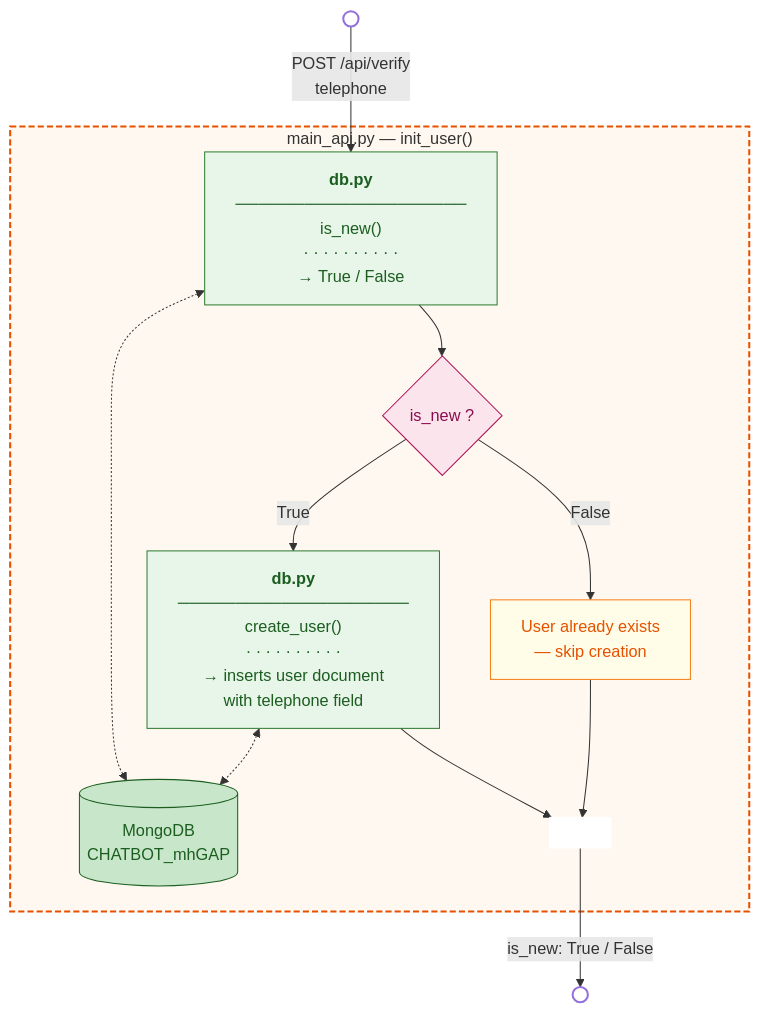
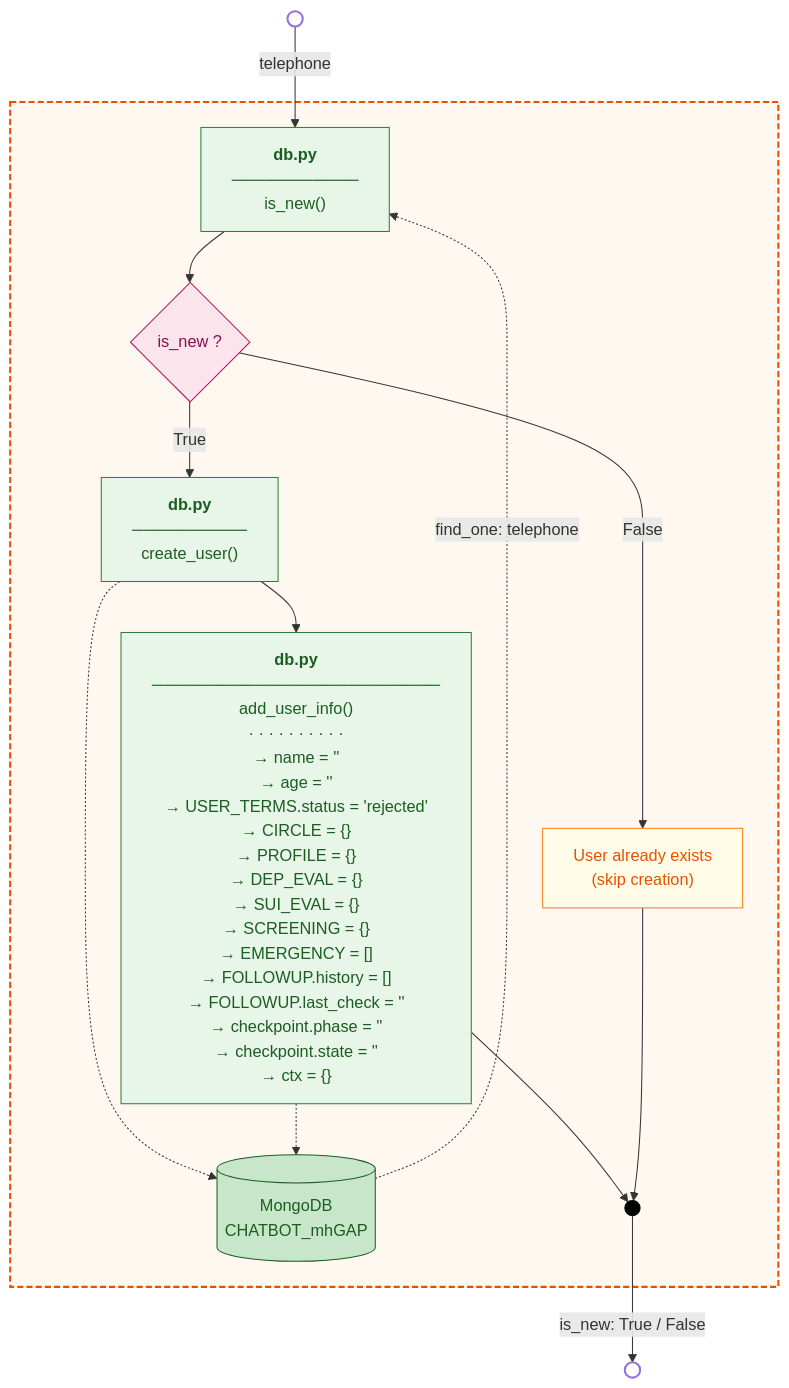
The second of 5 diagrams in diagrams/backend_flow_diagram.md (JordiiQueralto/AURORA_mhGAP-IG_v2.0), drawn with Mermaid before and after one commit. The commit also changed other lines of this file, not shown here.

First line of the commit message:
Refactor backend flow diagram for clarity

````diff
--- a/diagrams/backend_flow_diagram.md
+++ b/diagrams/backend_flow_diagram.md
@@ -80,43 +80,46 @@
 ```mermaid
 flowchart TD
  
     START(( )):::circle
     FINISH(( )):::circle
  
-    START -->|"POST /api/verify\ntelephone"| IS_NEW
+    START -->|"telephone"| IS_NEW
  
-    subgraph INIT_FLOW["main_api.py — init_user()"]
+    subgraph INIT_FLOW[" "]
  
-        IS_NEW["<b>db.py</b><br/>────────────────────<br/>is_new()<br/>· · · · · · · · · ·<br/>→ True / False"]:::dbmod
+        IS_NEW["<b>db.py</b><br/>───────────<br/>is_new()"]:::dbmod
  
         D_NEW{is_new ?}:::decision
  
-        CREATE["<b>db.py</b><br/>────────────────────<br/>create_user()<br/>· · · · · · · · · ·<br/>→ inserts user document<br/>with telephone field"]:::dbmod
+        CREATE["<b>db.py</b><br/>──────────<br/>create_user()"]:::dbmod
+
+        ADD["<b>db.py</b><br/>─────────────────────────<br/>add_user_info()<br/>· · · · · · · · · ·<br/>→ name = ''<br/>→ age = ''<br/>→ USER_TERMS.status = 'rejected'<br/>→ CIRCLE = {}<br/>→ PROFILE = {}<br/>→ DEP_EVAL = {}<br/>→ SUI_EVAL = {}<br/>→ SCREENING = {}<br/>→ EMERGENCY = []<br/>→ FOLLOWUP.history = []<br/>→ FOLLOWUP.last_check = ''<br/>→ checkpoint.phase = ''<br/>→ checkpoint.state = ''<br/>→ ctx = {}"]:::dbmod
  
-        SKIP["User already exists<br/>— skip creation"]:::flowblock
+        SKIP["User already exists<br/>(skip creation)"]:::flowblock
  
         MONGO[("MongoDB<br/>CHATBOT_mhGAP")]:::db
- 
-        BOTTOM[ ]:::phantom
+
+        BOTTOM(( )):::junction
  
         IS_NEW --> D_NEW
-        D_NEW -->|True| CREATE --> BOTTOM
+        D_NEW -->|True| CREATE --> ADD --> BOTTOM
         D_NEW -->|False| SKIP --> BOTTOM
  
-        IS_NEW <-.-> MONGO
-        CREATE <-.-> MONGO
+        MONGO -.->|find_one: telephone| IS_NEW
+        CREATE -.-> MONGO
+        ADD -.-> MONGO
  
     end
  
     BOTTOM -->|"is_new: True / False"| FINISH
  
     classDef circle    fill:#ffffff,stroke:#9370db,stroke-width:2px,color:#ffffff
-    classDef phantom   fill:#ffffff,stroke:#ffffff,color:#ffffff
+    classDef junction  fill:#000000,stroke:#000000,color:#000000
     classDef module    fill:#fff3e0,stroke:#e65100,color:#bf360c
     classDef flowblock fill:#fffde7,stroke:#f57f17,color:#e65100
     classDef decision  fill:#fce4ec,stroke:#ad1457,color:#880e4f
     classDef dbmod     fill:#e8f5e9,stroke:#2e7d32,color:#1b5e20
     classDef db        fill:#c8e6c9,stroke:#1b5e20,color:#1b5e20
  
     style INIT_FLOW fill:#fff8f0,stroke:#e65100,stroke-width:2px,stroke-dasharray: 6 3
 ```
````
